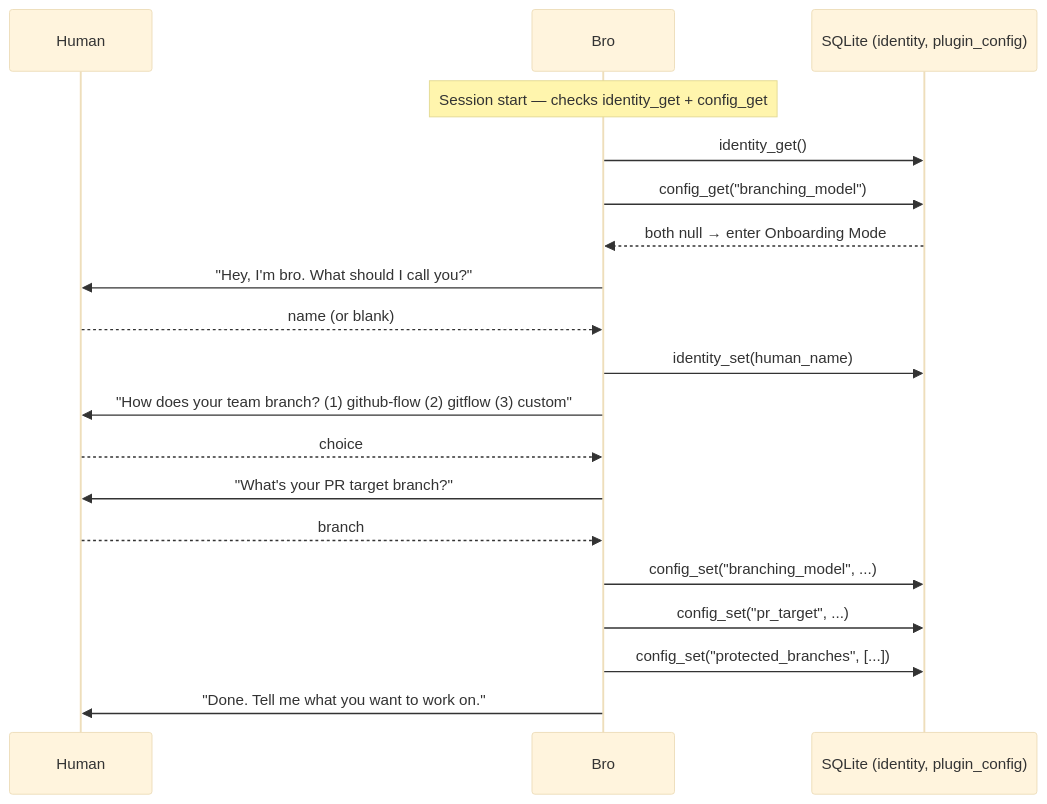
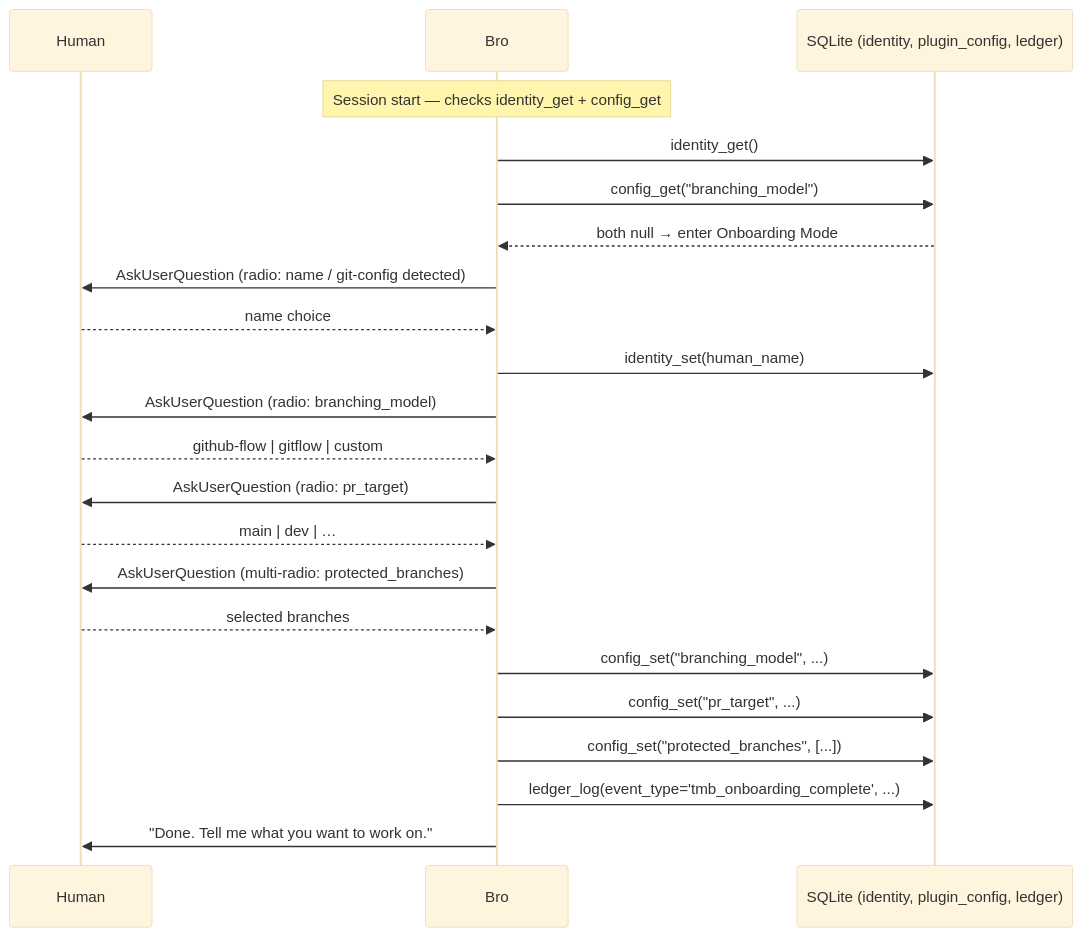
Before and after one commit to trustmybot/plugin: the first of 11 diagrams in docs/architecture/FLOWS.md, drawn with Mermaid (base theme). The commit also changed other lines of this file and 32 other files, not shown here.

````diff
--- a/docs/architecture/FLOWS.md
+++ b/docs/architecture/FLOWS.md
@@ -49,25 +55,28 @@
 ```mermaid
 sequenceDiagram
     participant H as Human
     participant G as Bro
-    participant DB as SQLite (identity, plugin_config)
+    participant DB as SQLite (identity, plugin_config, ledger)
 
     Note over G: Session start — checks identity_get + config_get
     G->>DB: identity_get()
     G->>DB: config_get("branching_model")
     DB-->>G: both null → enter Onboarding Mode
 
-    G->>H: "Hey, I'm bro. What should I call you?"
-    H-->>G: name (or blank)
+    G->>H: AskUserQuestion (radio: name / git-config detected)
+    H-->>G: name choice
     G->>DB: identity_set(human_name)
 
-    G->>H: "How does your team branch? (1) github-flow (2) gitflow (3) custom"
-    H-->>G: choice
-    G->>H: "What's your PR target branch?"
-    H-->>G: branch
+    G->>H: AskUserQuestion (radio: branching_model)
+    H-->>G: github-flow | gitflow | custom
+    G->>H: AskUserQuestion (radio: pr_target)
+    H-->>G: main | dev | …
+    G->>H: AskUserQuestion (multi-radio: protected_branches)
+    H-->>G: selected branches
     G->>DB: config_set("branching_model", ...)
     G->>DB: config_set("pr_target", ...)
     G->>DB: config_set("protected_branches", [...])
 
+    G->>DB: ledger_log(event_type='tmb_onboarding_complete', ...)
     G->>H: "Done. Tell me what you want to work on."
 ```
````
